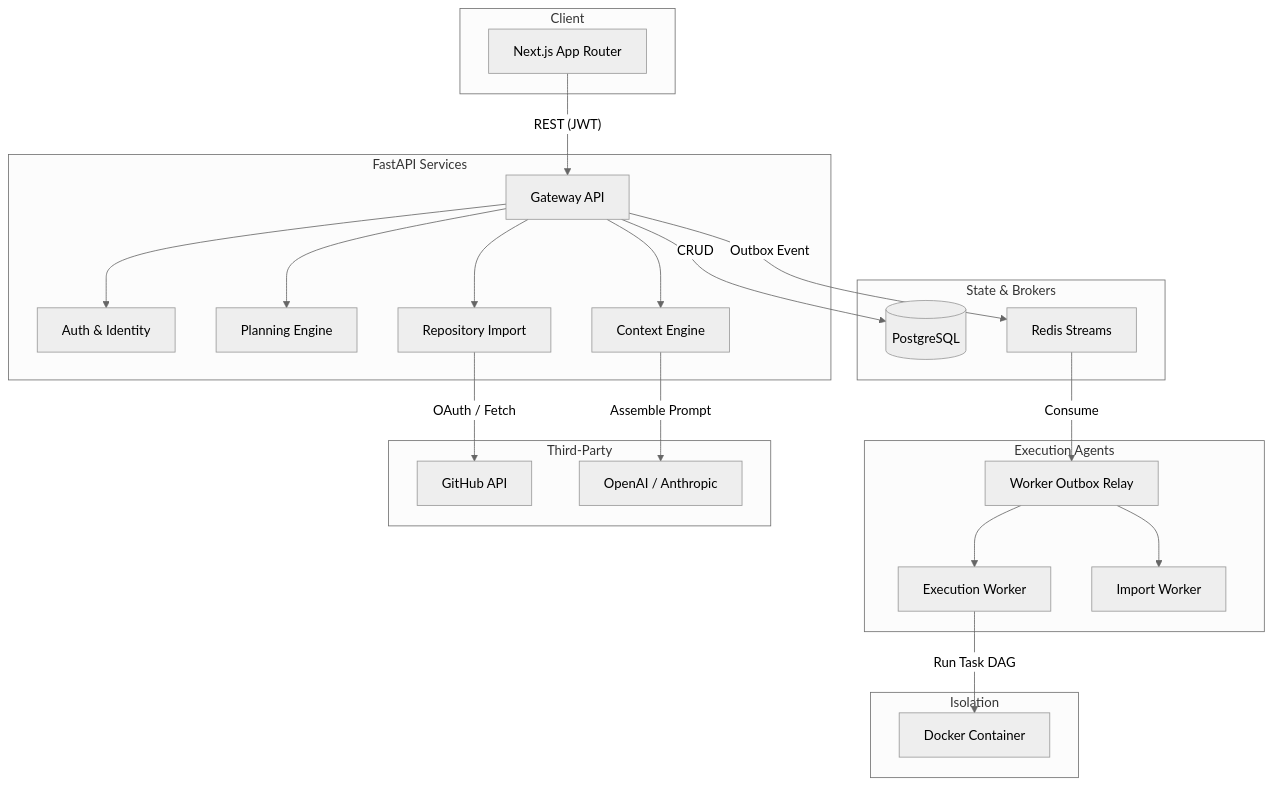
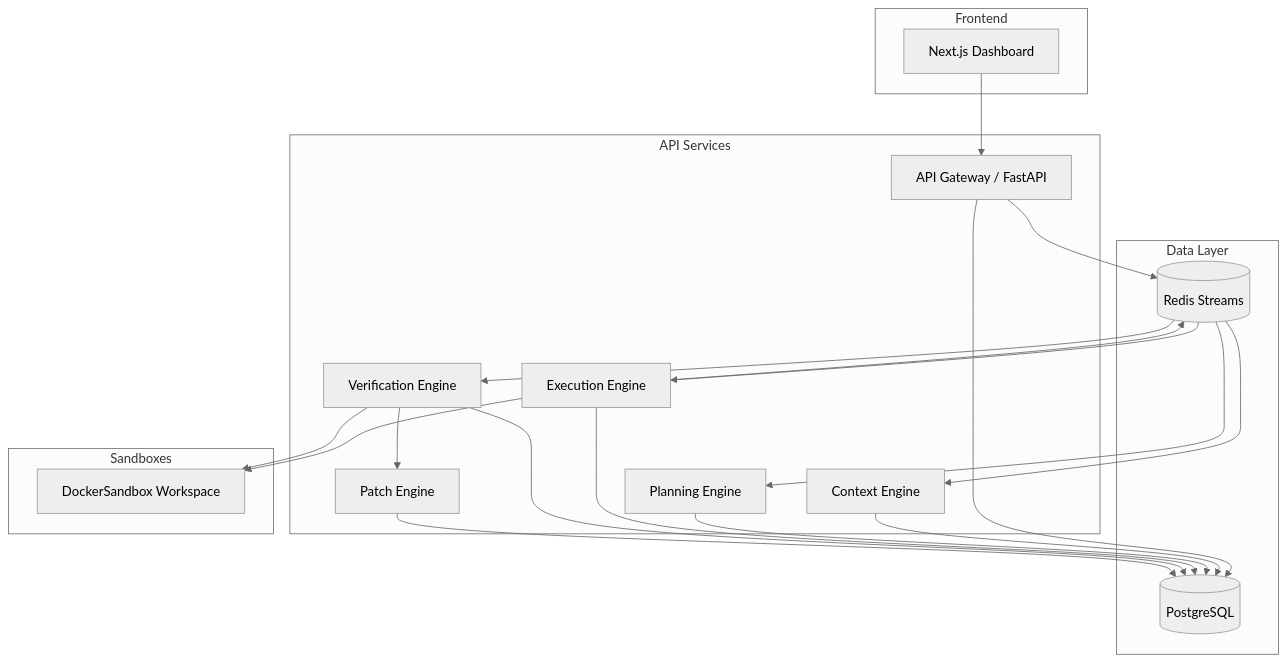
The first of 2 diagrams in README.md (Surya270106/Forge), drawn with Mermaid (neutral theme) before and after one commit. The commit also changed other lines of this file, not shown here.

````diff
--- a/README.md
+++ b/README.md
@@ -32,47 +9,46 @@
 ```mermaid
 graph TD
-    subgraph Frontend [Client]
-        UI[Next.js App Router]
+    subgraph Frontend
+        A[Next.js Dashboard]
     end
 
-    subgraph Backend [FastAPI Services]
-        API[Gateway API]
-        Auth[Auth & Identity]
-        Plan[Planning Engine]
-        Context[Context Engine]
-        Import[Repository Import]
-    end
-    
-    subgraph Storage [State & Brokers]
-        PG[(PostgreSQL)]
-        Redis[Redis Streams]
+    subgraph API Services
+        B[API Gateway / FastAPI]
+        C[Context Engine]
+        D[Planning Engine]
+        E[Execution Engine]
+        F[Verification Engine]
+        G[Patch Engine]
     end
 
-    subgraph Workers [Execution Agents]
-        WorkerPool[Worker Outbox Relay]
-        ExecWorker[Execution Worker]
-        ImportWorker[Import Worker]
+    subgraph Data Layer
+        H[(PostgreSQL)]
+        I[(Redis Streams)]
     end
 
-    subgraph Sandbox [Isolation]
-        DockerSandbox[Docker Container]
+    subgraph Sandboxes
+        J[DockerSandbox Workspace]
     end
 
-    subgraph External [Third-Party]
-        GitHub[GitHub API]
-        LLM[OpenAI / Anthropic]
-    end
-
-    %% Connections
-    UI -- "REST (JWT)" --> API
-    API --> Auth & Plan & Context & Import
-    API -- "CRUD" --> PG
-    API -- "Outbox Event" --> Redis
+    A --> B
+    B --> H
+    B --> I
     
-    Redis -- "Consume" --> WorkerPool
-    WorkerPool --> ExecWorker & ImportWorker
+    I --> C
+    I --> D
+    I --> E
     
-    ExecWorker -- "Run Task DAG" --> DockerSandbox
-    Context -- "Assemble Prompt" --> LLM
-    Import -- "OAuth / Fetch" --> GitHub
+    C --> H
+    D --> H
+    
+    E --> J
+    E --> H
+    E --> I
+    
+    I --> F
+    F --> J
+    F --> H
+    
+    F --> G
+    G --> H
 ```
````
